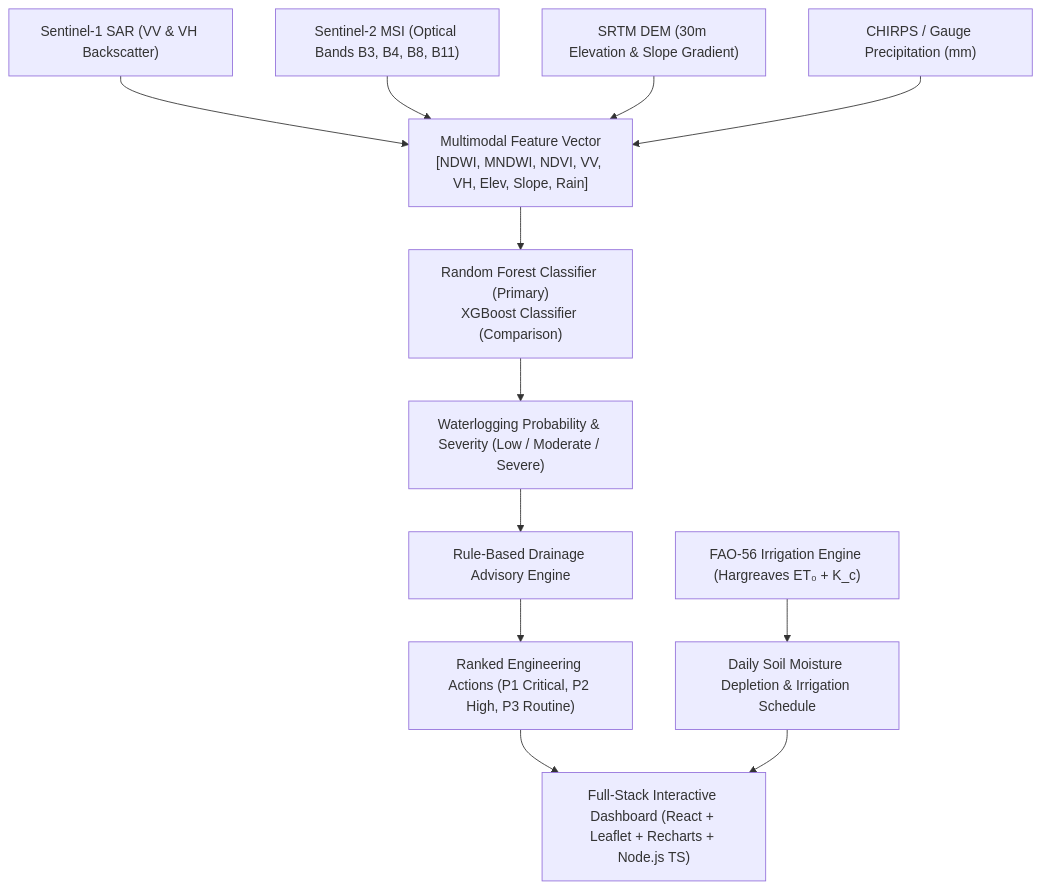
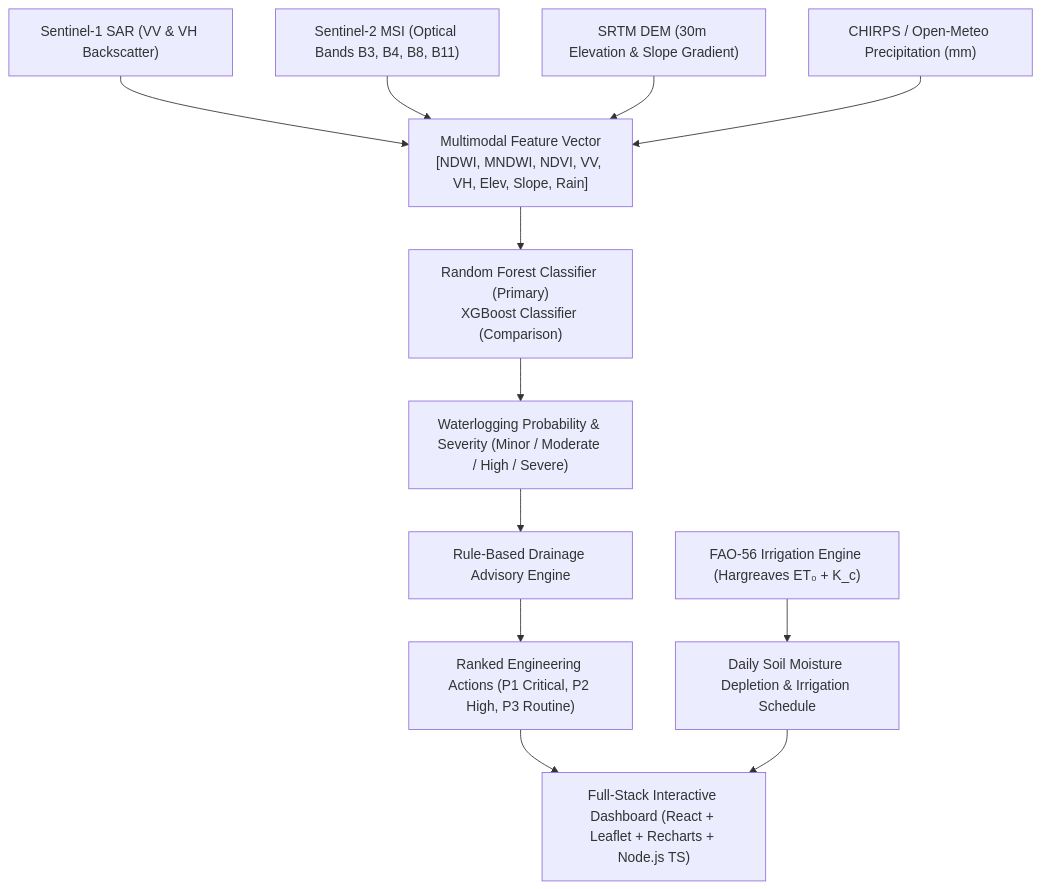
The diagram in README.md (Pavan16904/waterlogging_jaladrishti), drawn with Mermaid before and after one commit. The commit also changed other lines of this file and 24 other files, not shown here.

````diff
--- a/README.md
+++ b/README.md
@@ -17,18 +24,18 @@
 ```mermaid
 graph TD
     S1["Sentinel-1 SAR (VV & VH Backscatter)"] --> FE["Multimodal Feature Vector<br/>[NDWI, MNDWI, NDVI, VV, VH, Elev, Slope, Rain]"]
     S2["Sentinel-2 MSI (Optical Bands B3, B4, B8, B11)"] --> FE
     DEM["SRTM DEM (30m Elevation & Slope Gradient)"] --> FE
-    RAIN["CHIRPS / Gauge Precipitation (mm)"] --> FE
+    RAIN["CHIRPS / Open-Meteo Precipitation (mm)"] --> FE
 
     FE --> ML["Random Forest Classifier (Primary)<br/>XGBoost Classifier (Comparison)"]
-    ML --> PROB["Waterlogging Probability & Severity (Low / Moderate / Severe)"]
+    ML --> PROB["Waterlogging Probability & Severity (Minor / Moderate / High / Severe)"]
     
     PROB --> DRAIN["Rule-Based Drainage Advisory Engine"]
     DRAIN --> REC["Ranked Engineering Actions (P1 Critical, P2 High, P3 Routine)"]
 
     FAO["FAO-56 Irrigation Engine (Hargreaves ET₀ + K_c)"] --> IRRIG["Daily Soil Moisture Depletion & Irrigation Schedule"]
     
     REC --> UI["Full-Stack Interactive Dashboard (React + Leaflet + Recharts + Node.js TS)"]
     IRRIG --> UI
 ```
````
